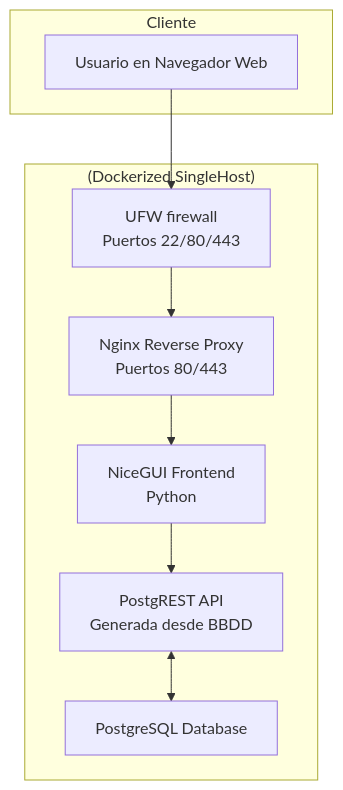
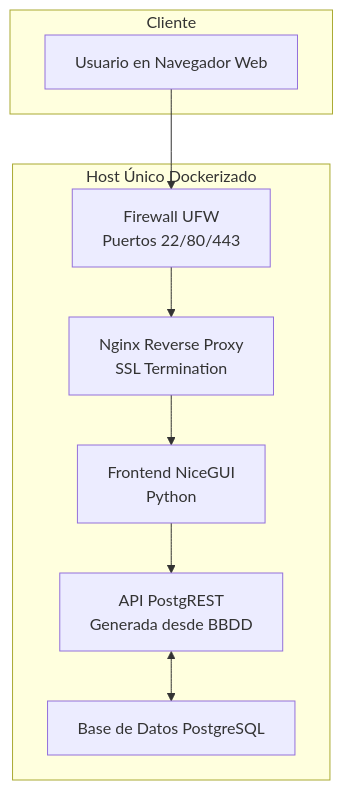
Before and after one commit to maiktreya/tenantsUnion: the diagram in readme.md, drawn with Mermaid. The commit also changed other lines of this file, not shown here.

````diff
--- a/readme.md
+++ b/readme.md
@@ -12,20 +16,20 @@
 ```mermaid
 graph TD
     subgraph "Cliente"
         A[Usuario en Navegador Web]
     end
 
-    subgraph "(Dockerized SingleHost)"
-        B[UFW firewall <br> Puertos 22/80/443]
-        C[Nginx Reverse Proxy <br> Puertos 80/443]
-        D[NiceGUI Frontend <br> Python]
-        E[PostgREST API <br> Generada desde BBDD]
-        F[PostgreSQL Database]
+    subgraph "Host Único Dockerizado"
+        B[Firewall UFW <br> Puertos 22/80/443]
+        C[Nginx Reverse Proxy <br> SSL Termination]
+        D[Frontend NiceGUI <br> Python]
+        E[API PostgREST <br> Generada desde BBDD]
+        F[Base de Datos PostgreSQL]
     end
 
     A --> B
     B --> C
     C --> D
     D --> E
     E <--> F
 ```
````
